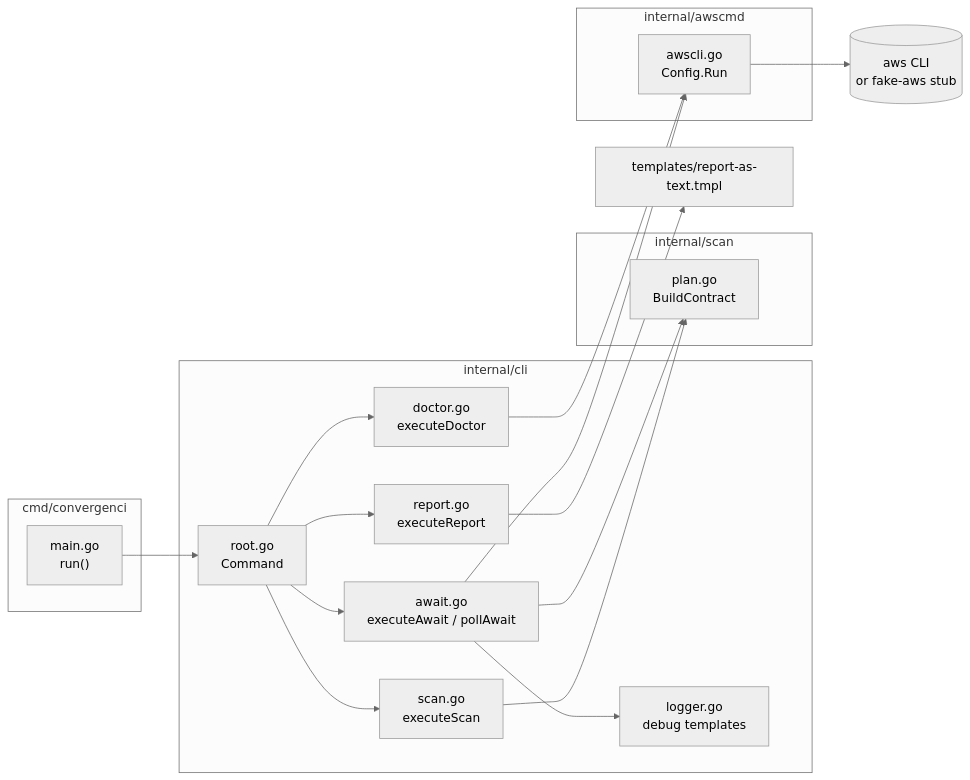
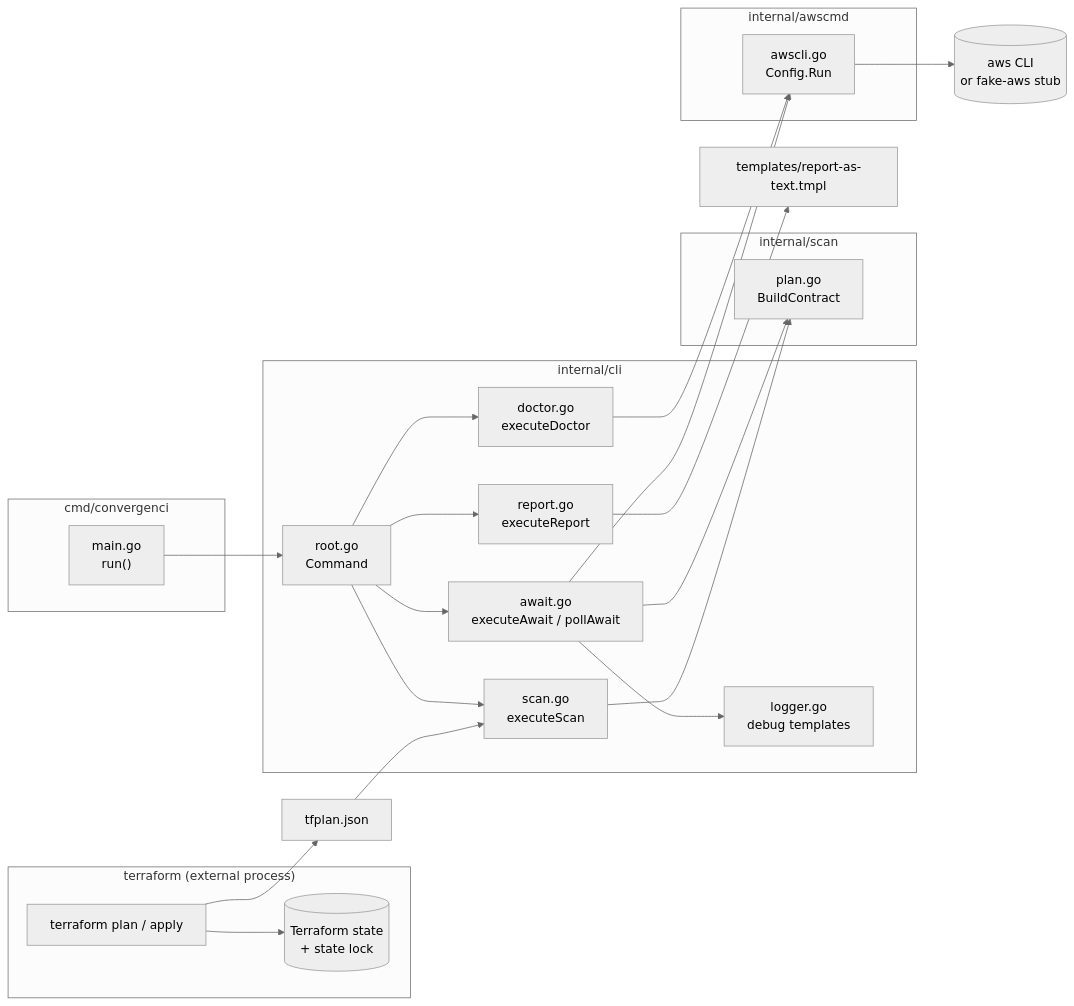
The first of 5 diagrams in adr/design_decisions.md (iilei/convergenci), drawn with Mermaid (neutral theme) before and after one commit. The commit also changed other lines of this file, not shown here.

Commit message:
docs: show Terraform state/lock access boundary in component overview diagram

````diff
--- a/adr/design_decisions.md
+++ b/adr/design_decisions.md
@@ -84,39 +84,49 @@
 ```mermaid
 flowchart LR
+    subgraph TF["terraform (external process)"]
+        TFCLI["terraform plan / apply"]
+        TFState[("Terraform state\n+ state lock")]
+        TFCLI --> TFState
+    end
+
+    TFPlanJSON["tfplan.json"]
+
     subgraph CLI["cmd/convergenci"]
         Main["main.go\nrun()"]
     end
 
     subgraph Core["internal/cli"]
         Root["root.go\nCommand"]
         Scan["scan.go\nexecuteScan"]
         Await["await.go\nexecuteAwait / pollAwait"]
         Report["report.go\nexecuteReport"]
         Doctor["doctor.go\nexecuteDoctor"]
         Logger["logger.go\ndebug templates"]
     end
 
     subgraph ScanPkg["internal/scan"]
         Plan["plan.go\nBuildContract"]
     end
 
     subgraph AWSPkg["internal/awscmd"]
         Cfg["awscli.go\nConfig.Run"]
     end
 
     AWSCLI[("aws CLI\nor fake-aws stub")]
     Templates["templates/report-as-text.tmpl"]
 
+    TFCLI --> TFPlanJSON
+    TFPlanJSON --> Scan
     Main --> Root
     Root --> Scan
     Root --> Await
     Root --> Report
     Root --> Doctor
     Scan --> Plan
     Await --> Plan
     Await --> Cfg
     Await --> Logger
     Doctor --> Cfg
     Report --> Templates
     Cfg --> AWSCLI
 ```
````
